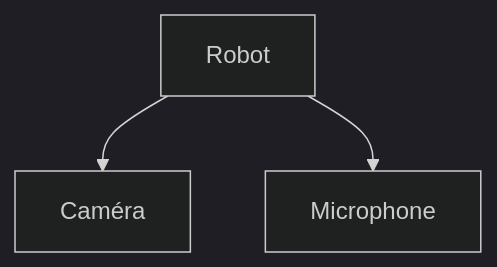
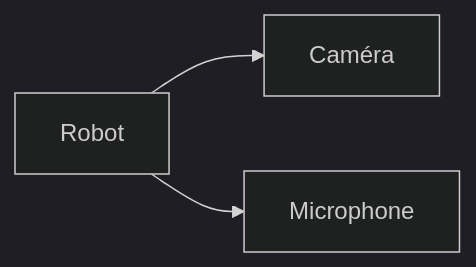
The diagram in RapportPreEtude.md (jo-pouradier/ProjetTransversal), drawn with Mermaid (dark theme) before and after one commit.

````diff
--- a/RapportPreEtude.md
+++ b/RapportPreEtude.md
@@ -31,6 +31,6 @@
 ```mermaid
-flowchart TD
+graph LR
     A[Robot] --> B[Caméra]
     A --> C[Microphone]
 
 ```
````
